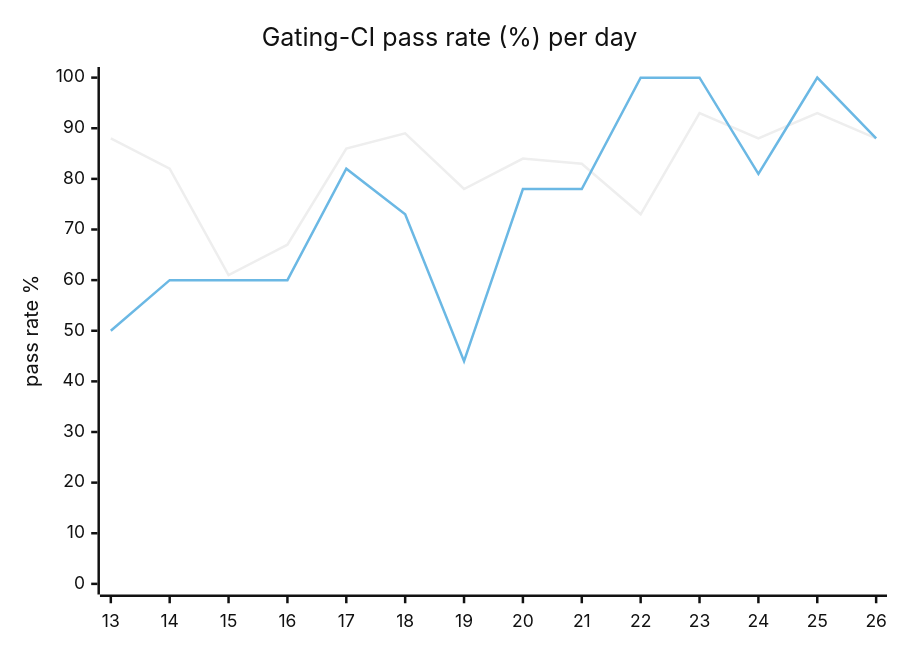
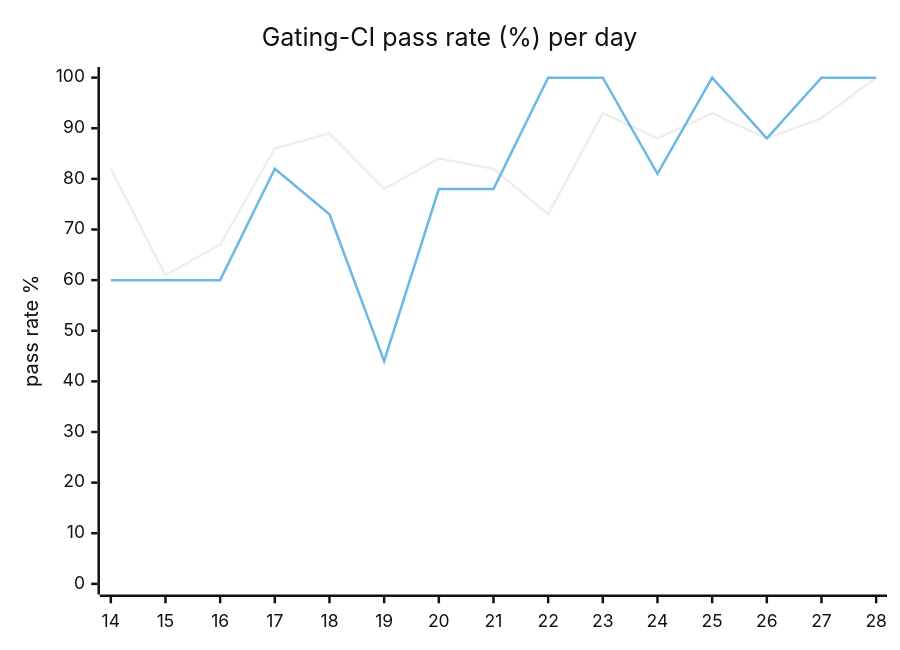
Before and after one commit to hatchet-dev/hatchet: the diagram in hack/ci/ci-dashboard/staging/issue.md, drawn with Mermaid (neutral theme). The commit also changed other lines of this file, not shown here.

````diff
--- a/hack/ci/ci-dashboard/staging/issue.md
+++ b/hack/ci/ci-dashboard/staging/issue.md
@@ -9,8 +9,8 @@
 ```mermaid
 xychart-beta
   title "Gating-CI pass rate (%) per day"
-  x-axis [13, 14, 15, 16, 17, 18, 19, 20, 21, 22, 23, 24, 25, 26]
+  x-axis [14, 15, 16, 17, 18, 19, 20, 21, 22, 23, 24, 25, 26, 27, 28]
   y-axis "pass rate %" 0 --> 100
-  line "CI" [88, 82, 61, 67, 86, 89, 78, 84, 83, 73, 93, 88, 93, 88]
-  line "main" [50, 60, 60, 60, 82, 73, 44, 78, 78, 100, 100, 81, 100, 88]
+  line "CI" [82, 61, 67, 86, 89, 78, 84, 82, 73, 93, 88, 93, 88, 92, 100]
+  line "main" [60, 60, 60, 82, 73, 44, 78, 78, 100, 100, 81, 100, 88, 100, 100]
 ```
````
